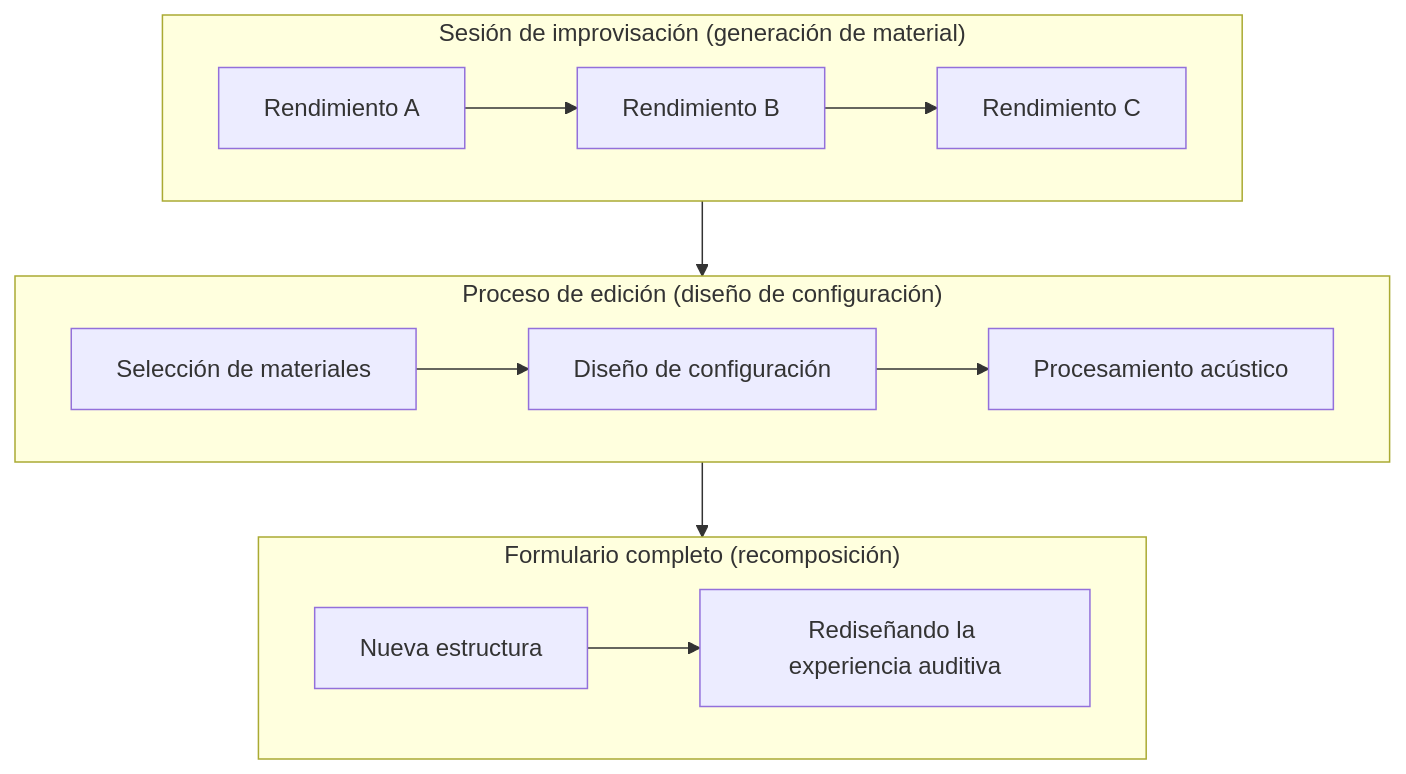
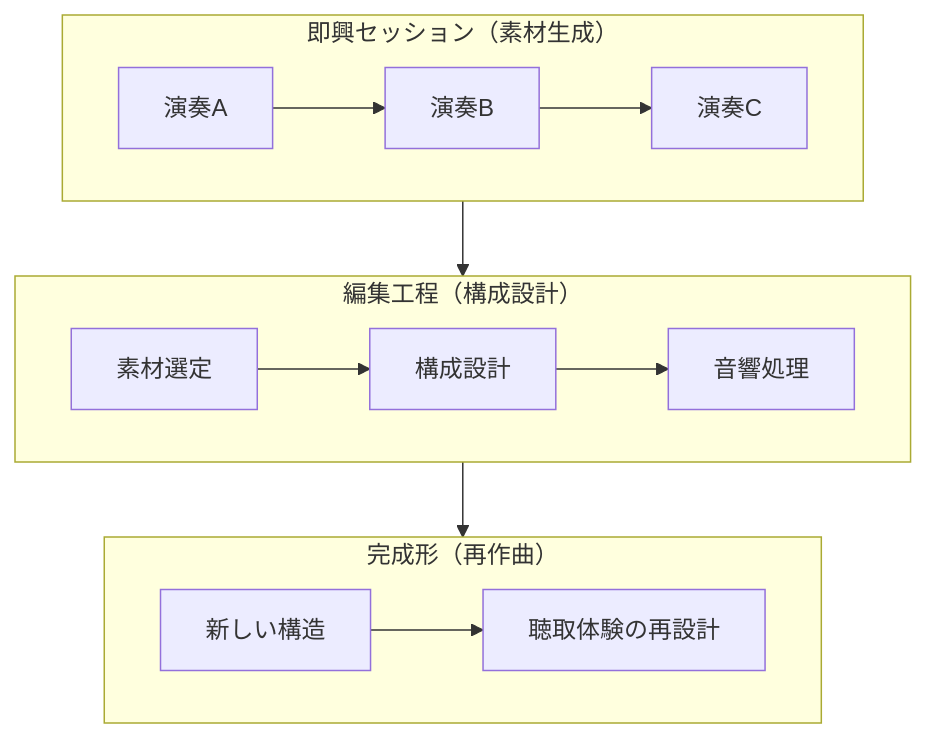
Before and after one commit to monumental-movement/monumental-movement.github.io: the sixth of 12 diagrams in es/_posts/2025-10-28-column-macero-miles.md, drawn with Mermaid. The commit also changed other lines of this file and 299 other files, not shown here.

```diff
--- a/es/_posts/2025-10-28-column-macero-miles.md
+++ b/es/_posts/2025-10-28-column-macero-miles.md
@@ -290,15 +290,15 @@
 <div class="mermaid">
 
 graph TD
-    subgraph Improvisation["Sesión de improvisación (generación de material)"]
-        A1["Rendimiento A"] --> A2["Rendimiento B"] --> A3["Rendimiento C"]
+    subgraph Improvisation["即興セッション（素材生成）"]
+        A1["演奏A"] --> A2["演奏B"] --> A3["演奏C"]
     end
-    subgraph Editing["Proceso de edición (diseño de configuración)"]
-        B1["Selección de materiales"] --> B2["Diseño de configuración"] --> B3["Procesamiento acústico"]
+    subgraph Editing["編集工程（構成設計）"]
+        B1["素材選定"] --> B2["構成設計"] --> B3["音響処理"]
     end
-    subgraph Composition["Formulario completo (recomposición)"]
-        C1["Nueva estructura"] --> C2["Rediseñando la experiencia auditiva"]
+    subgraph Composition["完成形（再作曲）"]
+        C1["新しい構造"] --> C2["聴取体験の再設計"]
     end
     Improvisation --> Editing --> Composition
 
 </div>
```
